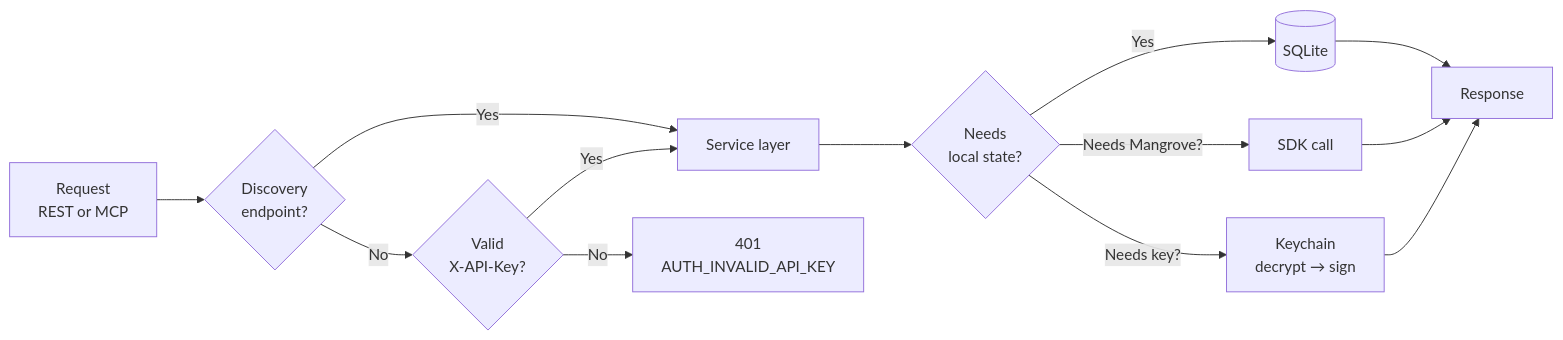
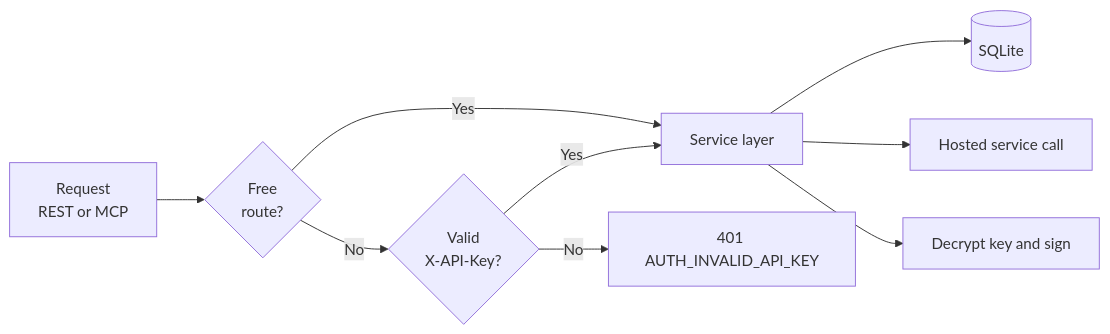
The second of 4 diagrams in docs/architecture.md (MangroveTechnologies/mangrove-agent), drawn with Mermaid before and after one commit. The commit also changed other lines of this file and 75 other files, not shown here.

````diff
--- a/docs/architecture.md
+++ b/docs/architecture.md
@@ -79,15 +97,11 @@
 ```mermaid
 flowchart LR
-    A[Request<br/>REST or MCP] --> B{Discovery<br/>endpoint?}
+    A[Request<br/>REST or MCP] --> B{Free<br/>route?}
     B -->|Yes| C[Service layer]
     B -->|No| D{Valid<br/>X-API-Key?}
-    D -->|No| E[401<br/>AUTH_INVALID_API_KEY]
+    D -->|No| E[401 AUTH_INVALID_API_KEY]
     D -->|Yes| C
-    C --> F{Needs<br/>local state?}
-    F -->|Yes| G[(SQLite)]
-    F -->|Needs Mangrove?| H[SDK call]
-    F -->|Needs key?| I[Keychain<br/>decrypt → sign]
-    G --> J[Response]
-    H --> J
-    I --> J
+    C --> F[(SQLite)]
+    C --> G[Hosted service call]
+    C --> H[Decrypt key and sign]
 ```
````
